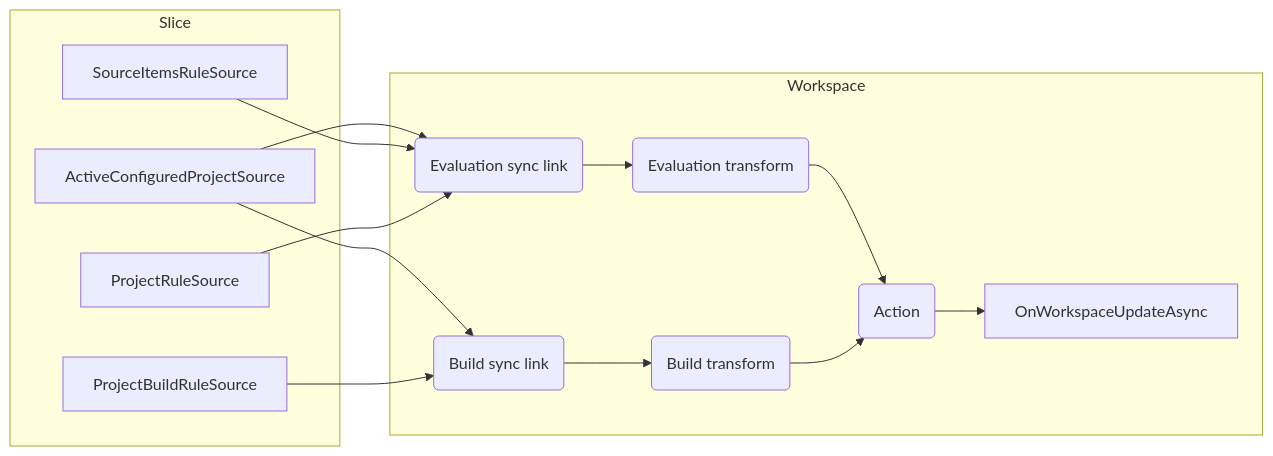
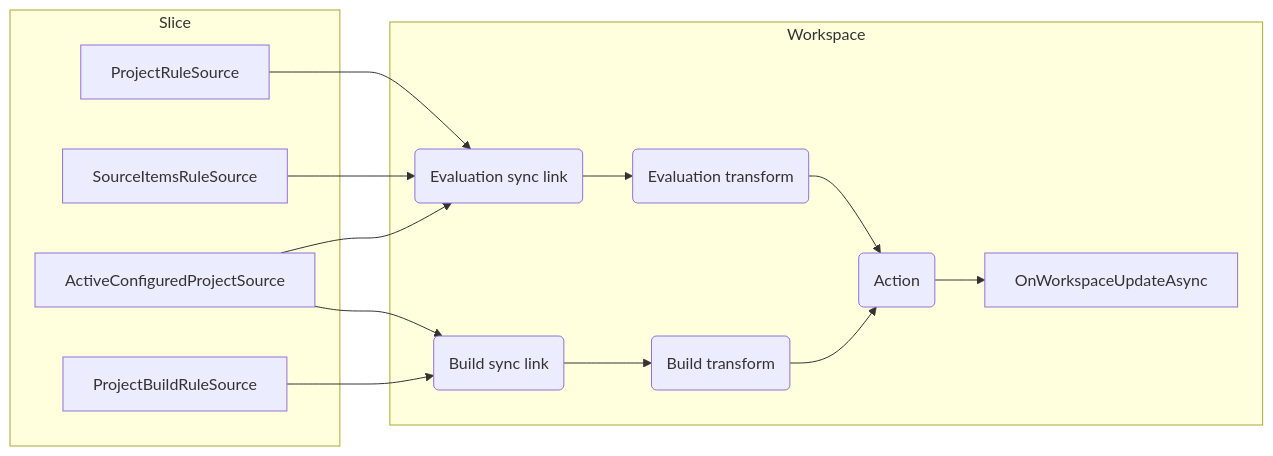
One commit to dotnet/project-system changed the diagram in docs/repo/language-service.md. Above: the diagram before and after it, drawn with Mermaid. The commit also changed other lines of this file, not shown here.

Commit message:
Reduce criss-crossing in diagram by rearranging layout

````diff
--- a/docs/repo/language-service.md
+++ b/docs/repo/language-service.md
@@ -64,32 +64,32 @@
 ```mermaid
 graph LR;
   subgraph Slice
     ActiveConfiguredProjectSource
     ProjectRuleSource
     SourceItemsRuleSource
     ProjectBuildRuleSource
   end
   subgraph Workspace
     E1(Evaluation sync link)
     E2(Evaluation transform)
     B1(Build sync link)
     B2(Build transform)
     A(Action);
 
+    ProjectRuleSource --> E1
+    SourceItemsRuleSource --> E1
     ActiveConfiguredProjectSource --> E1
-    SourceItemsRuleSource --> E1
-    ProjectRuleSource --> E1
 
     ActiveConfiguredProjectSource --> B1
     ProjectBuildRuleSource --> B1
 
     E1 --> E2
     B1 --> B2
 
     E2 --> A
     B2 --> A
 
     A --> OnWorkspaceUpdateAsync
 
   end
 ```
````
